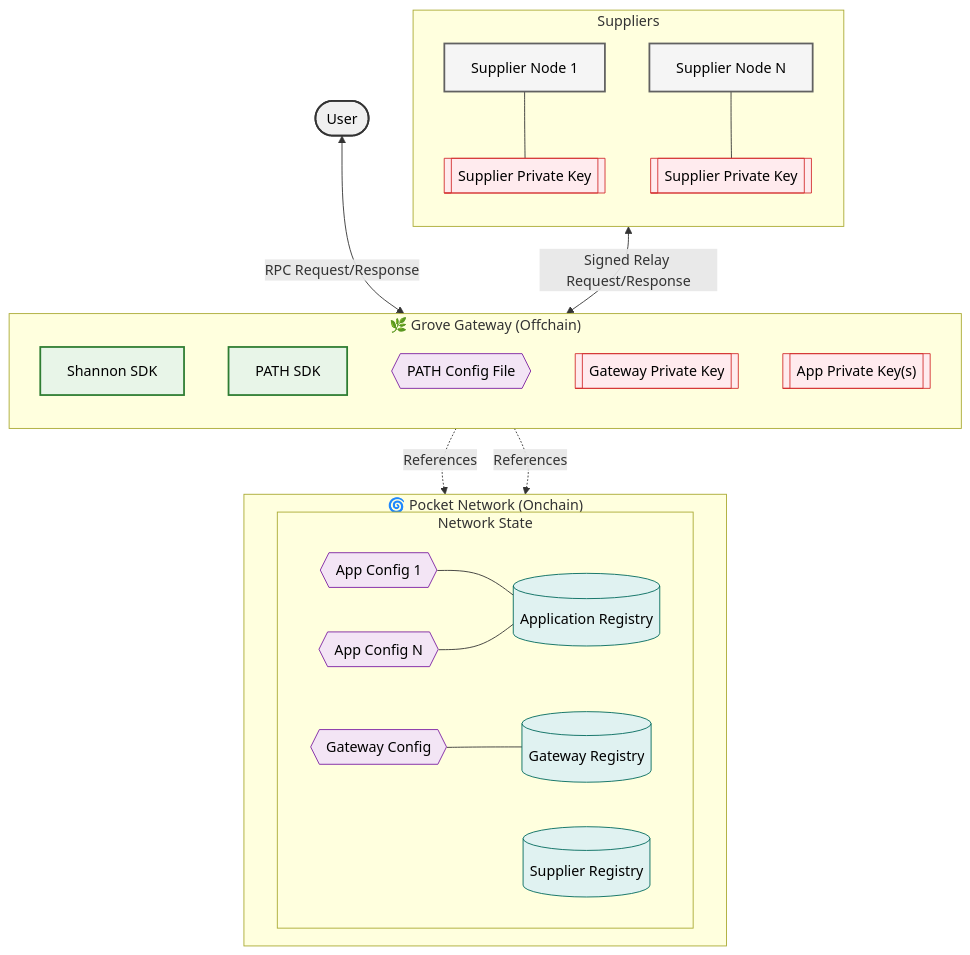
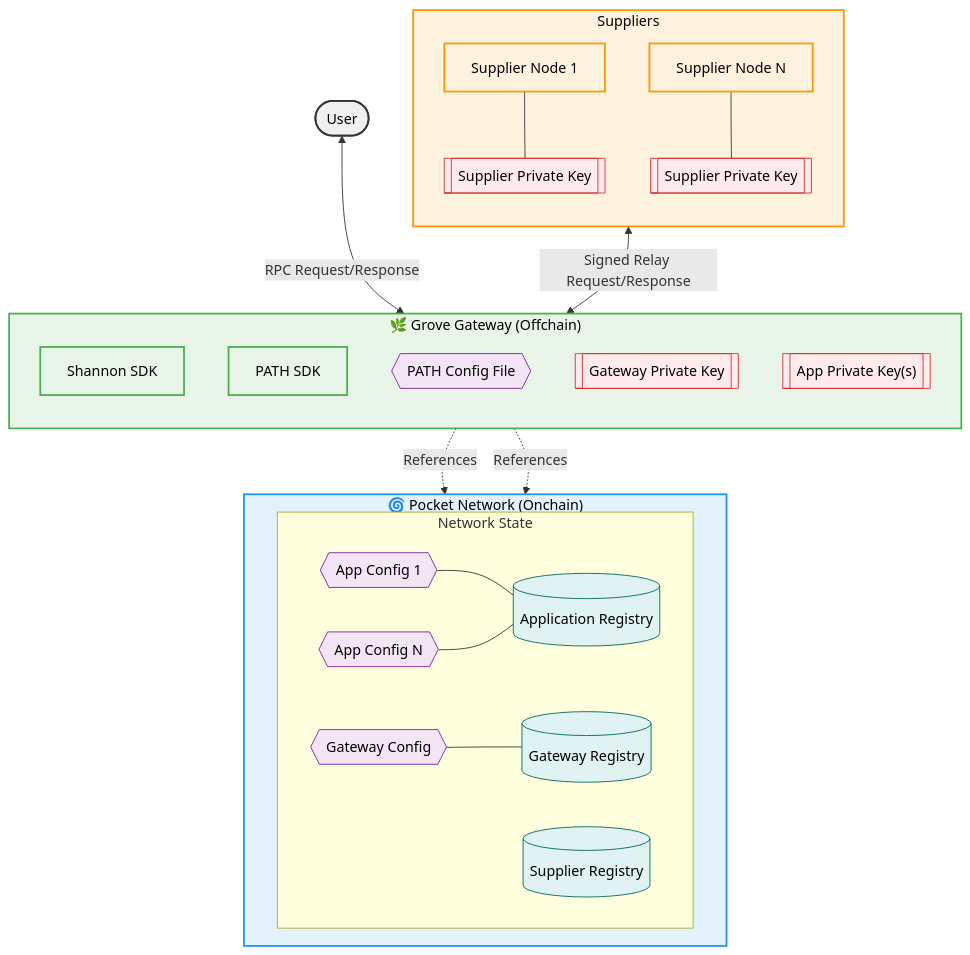
Before and after one commit to pokt-network/poktroll: the diagram in docusaurus/docs/1_operate/1_cheat_sheets/5_gateway_cheatsheet.md, drawn with Mermaid. The commit also changed other lines of this file and 2 other files, not shown here.

````diff
--- a/docusaurus/docs/1_operate/1_cheat_sheets/5_gateway_cheatsheet.md
+++ b/docusaurus/docs/1_operate/1_cheat_sheets/5_gateway_cheatsheet.md
@@ -34,16 +34,6 @@
 flowchart TB
     %% Set default styling for all nodes
     classDef default fill:#f9f9f9,stroke:#333,stroke-width:1px,color:black;
-
-    %% Define custom classes with specified colors
-    classDef userClass fill:#f0f0f0,stroke:#333,stroke-width:2px,color:black;
-    classDef gatewayClass fill:#e8f5e8,stroke:#2e7d32,stroke-width:2px,color:black;
-    classDef pocketdClass fill:#fff3e0,stroke:#ff8f00,stroke-width:2px,color:black;
-    classDef blockchainClass fill:#e3f2fd,stroke:#1976d2,stroke-width:2px,color:black;
-    classDef supplierClass fill:#f5f5f5,stroke:#616161,stroke-width:2px,color:black;
-    classDef keyClass fill:#ffebee,stroke:#d32f2f,stroke-width:1px,color:black;
-    classDef configClass fill:#f3e5f5,stroke:#7b1fa2,stroke-width:1px,color:black;
-    classDef dbClass fill:#e0f2f1,stroke:#00695c,stroke-width:1px,color:black;
 
     %% Position User at top
     User([User]):::userClass
@@ -107,4 +97,19 @@
     %% Connect keys to suppliers
     S1 --- SUPKEY1
     SN --- SUPKEYN
+
+    %% Define custom classes with specified colors
+    classDef userClass fill:#f0f0f0,stroke:#333,stroke-width:2px,color:black;
+    classDef gatewayClass fill:#e8f5e8,stroke:#4caf50,stroke-width:2px,color:black;
+    classDef pocketdClass fill:#fff3e0,stroke:#ff8f00,stroke-width:2px,color:black;
+    classDef blockchainClass fill:#e3f2fd,stroke:#2196f3,stroke-width:2px,color:black;
+    classDef supplierClass fill:#fff3e0,stroke:#ff9800,stroke-width:2px,color:black;
+    classDef keyClass fill:#ffebee,stroke:#d32f2f,stroke-width:1px,color:black;
+    classDef configClass fill:#f3e5f5,stroke:#7b1fa2,stroke-width:1px,color:black;
+    classDef dbClass fill:#e0f2f1,stroke:#00695c,stroke-width:1px,color:black;
+
+    %% Apply classes to subgraphs
+    class Blockchain blockchainClass
+    class Gateway gatewayClass
+    class Suppliers supplierClass
 ```
````
